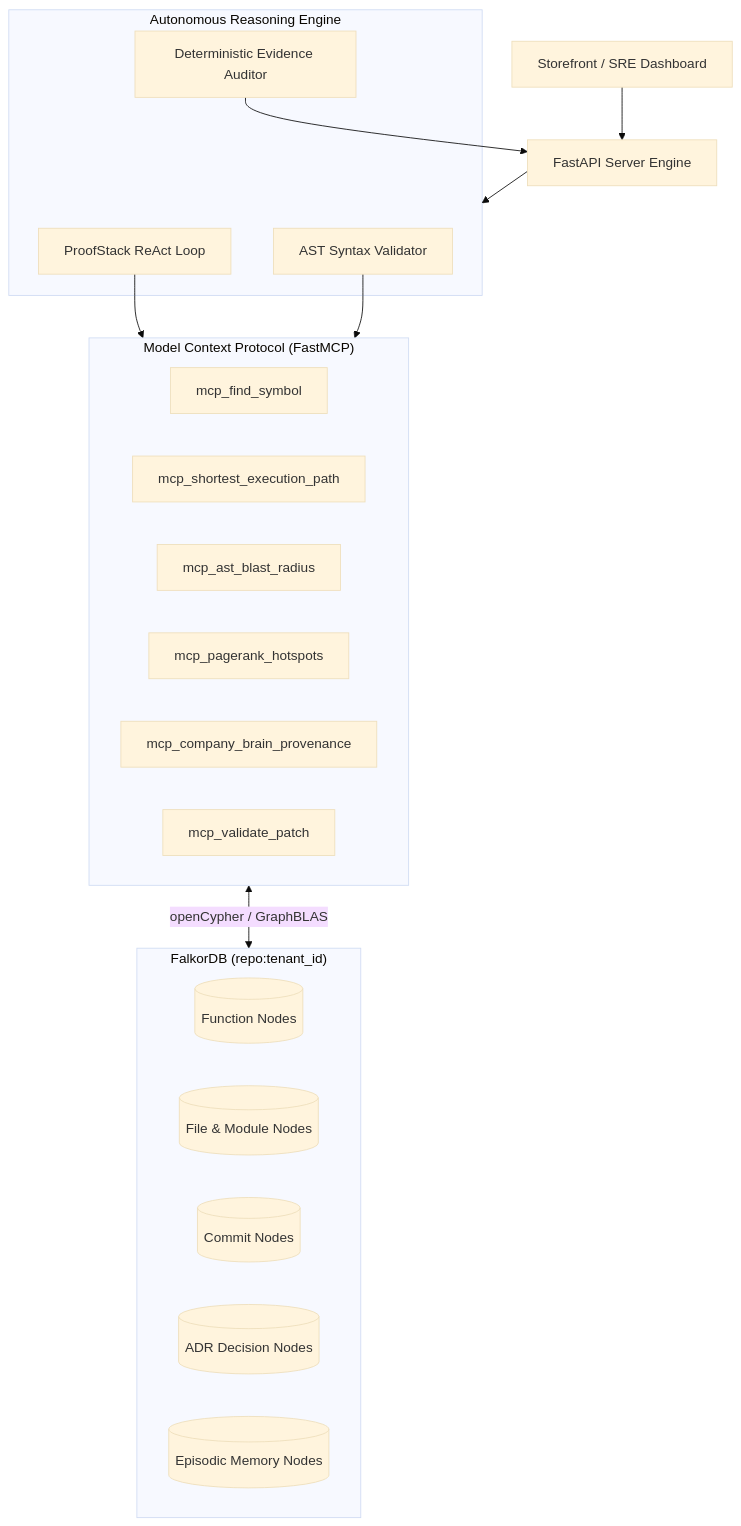
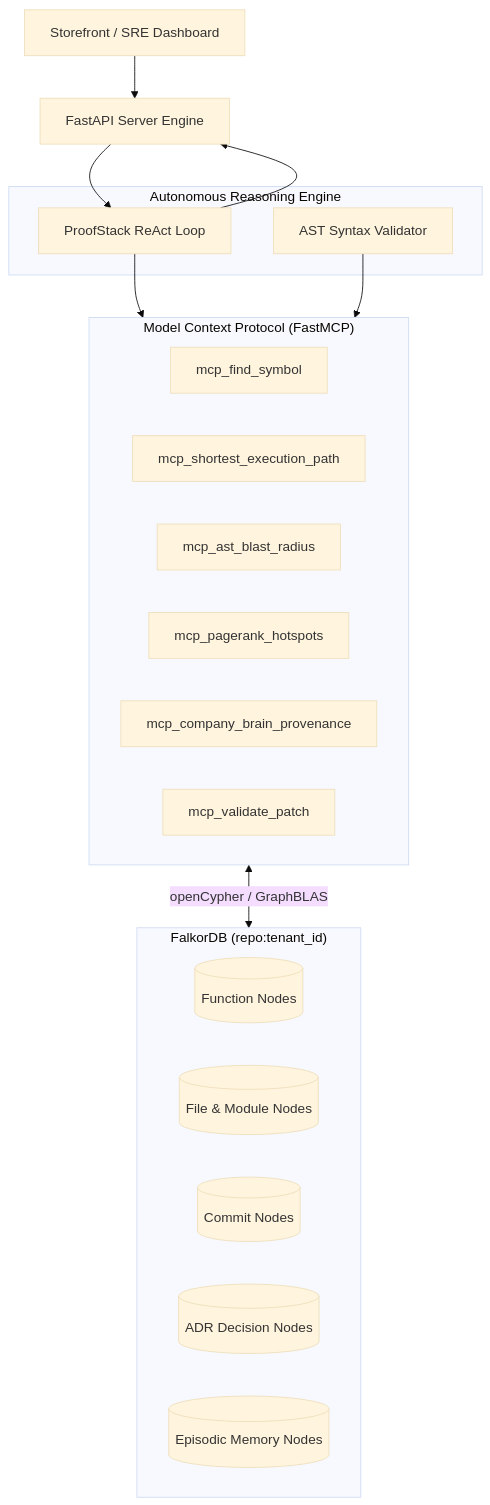
Before and after one commit to bignya23/proof_stack: the diagram in README.md, drawn with Mermaid (base theme). The commit also changed other lines of this file, not shown here.

Commit message:
docs: update terminology and architecture diagram in README

````diff
--- a/README.md
+++ b/README.md
@@ -38,33 +38,32 @@
 ```mermaid
 flowchart TD
     Client[Storefront / SRE Dashboard] --> API[FastAPI Server Engine]
     
     subgraph MultiAgentEngine["Autonomous Reasoning Engine"]
         Agent[ProofStack ReAct Loop]
-        Reporter[Deterministic Evidence Auditor]
         Validator[AST Syntax Validator]
     end
 
     subgraph ToolLayer["Model Context Protocol (FastMCP)"]
         T1[mcp_find_symbol]
         T2[mcp_shortest_execution_path]
         T3[mcp_ast_blast_radius]
         T4[mcp_pagerank_hotspots]
         T5[mcp_company_brain_provenance]
         T6[mcp_validate_patch]
     end
 
     subgraph GraphStorage["FalkorDB (repo:tenant_id)"]
         N1[(Function Nodes)]
         N2[(File & Module Nodes)]
         N3[(Commit Nodes)]
         N4[(ADR Decision Nodes)]
         N5[(Episodic Memory Nodes)]
     end
 
-    API --> MultiAgentEngine
+    API --> Agent
     Agent --> ToolLayer
     ToolLayer <-->|openCypher / GraphBLAS| GraphStorage
     Validator --> ToolLayer
-    Reporter --> API
+    Agent --> API
 ```
````
